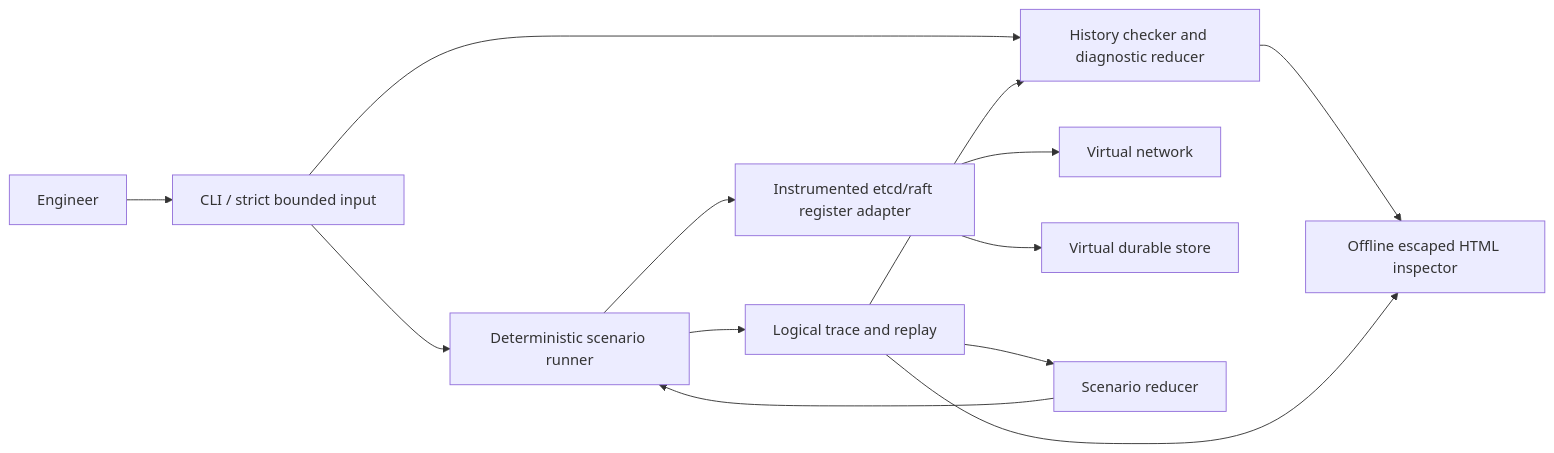
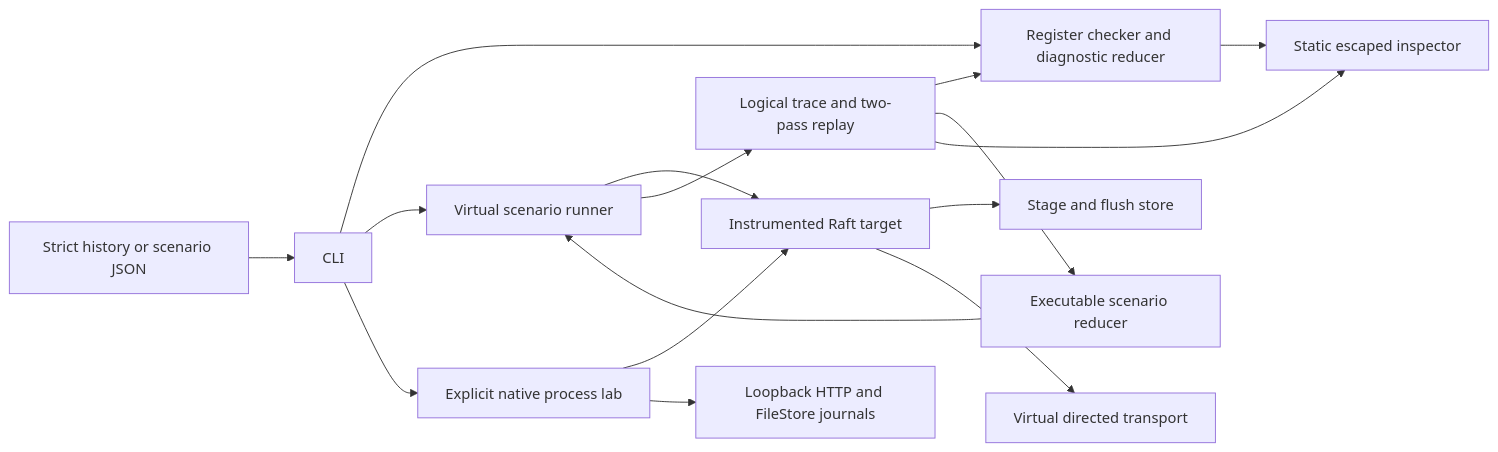
The diagram in ARCHITECTURE.md (C-X1an/faultbraid), drawn with Mermaid before and after one commit. The commit also changed other lines of this file and 55 other files, not shown here.

Commit message:
Add target exploration CLI, native lifecycle guards and reproducible verification

````diff
--- a/ARCHITECTURE.md
+++ b/ARCHITECTURE.md
@@ -5,15 +7,18 @@
-```mermaid
+~~~mermaid
 flowchart LR
- E[Engineer] --> CLI[CLI / strict bounded input]
- CLI --> H[History checker and diagnostic reducer]
- CLI --> S[Deterministic scenario runner]
- S --> T[Instrumented etcd/raft register adapter]
- T --> N[Virtual network]
- T --> D[Virtual durable store]
- S --> R[Logical trace and replay]
- R --> H
- R --> X[Scenario reducer]
- X --> S
- H --> V[Offline escaped HTML inspector]
- R --> V
-```
+    I[Strict history or scenario JSON] --> C[CLI]
+    C --> H[Register checker and diagnostic reducer]
+    C --> S[Virtual scenario runner]
+    S --> T[Instrumented Raft target]
+    T --> D[Stage and flush store]
+    T --> N[Virtual directed transport]
+    S --> R[Logical trace and two-pass replay]
+    R --> H
+    R --> X[Executable scenario reducer]
+    X --> S
+    R --> V[Static escaped inspector]
+    H --> V
+    C --> L[Explicit native process lab]
+    L --> T
+    L --> F[Loopback HTTP and FileStore journals]
+~~~
````
